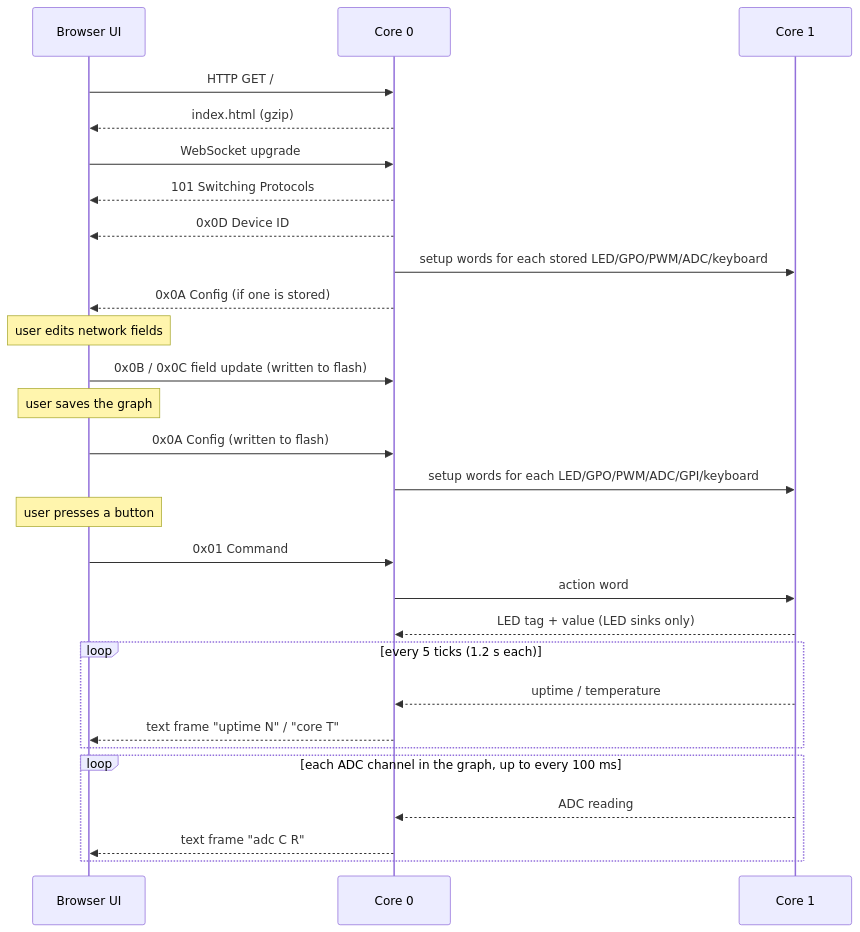
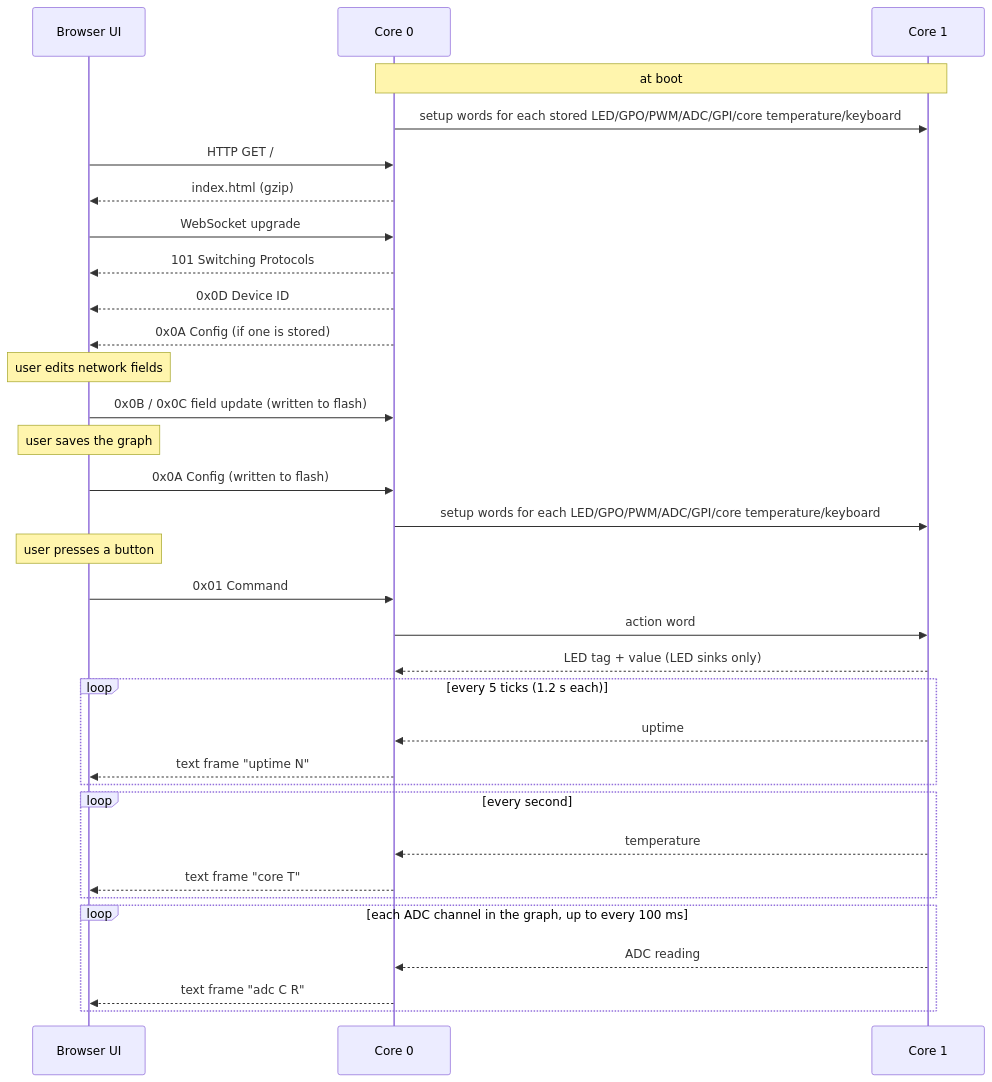
Before and after one commit to anroleroux/neograph: the second of 3 diagrams in PROTOCOL.md, drawn with Mermaid. The commit also changed other lines of this file and 13 other files, not shown here.

First line of the commit message:
Run the stored graph from boot; make the core temperature a device source

````diff
--- a/PROTOCOL.md
+++ b/PROTOCOL.md
@@ -56,30 +56,35 @@
 ```mermaid
 sequenceDiagram
     participant UI as Browser UI
     participant C0 as Core 0
     participant C1 as Core 1
+    Note over C0,C1: at boot
+    C0->>C1: setup words for each stored LED/GPO/PWM/ADC/GPI/core temperature/keyboard
     UI->>C0: HTTP GET /
     C0-->>UI: index.html (gzip)
     UI->>C0: WebSocket upgrade
     C0-->>UI: 101 Switching Protocols
     C0-->>UI: 0x0D Device ID
-    C0->>C1: setup words for each stored LED/GPO/PWM/ADC/keyboard
     C0-->>UI: 0x0A Config (if one is stored)
     Note over UI: user edits network fields
     UI->>C0: 0x0B / 0x0C field update (written to flash)
     Note over UI: user saves the graph
     UI->>C0: 0x0A Config (written to flash)
-    C0->>C1: setup words for each LED/GPO/PWM/ADC/GPI/keyboard
+    C0->>C1: setup words for each LED/GPO/PWM/ADC/GPI/core temperature/keyboard
     Note over UI: user presses a button
     UI->>C0: 0x01 Command
     C0->>C1: action word
     C1-->>C0: LED tag + value (LED sinks only)
     loop every 5 ticks (1.2 s each)
-        C1-->>C0: uptime / temperature
-        C0-->>UI: text frame "uptime N" / "core T"
+        C1-->>C0: uptime
+        C0-->>UI: text frame "uptime N"
+    end
+    loop every second
+        C1-->>C0: temperature
+        C0-->>UI: text frame "core T"
     end
     loop each ADC channel in the graph, up to every 100 ms
         C1-->>C0: ADC reading
         C0-->>UI: text frame "adc C R"
     end
 ```
````
